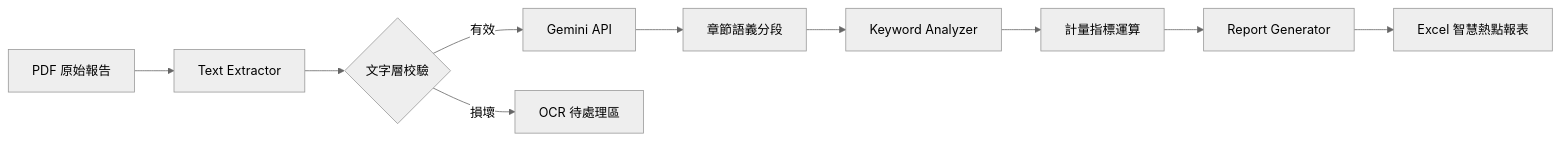
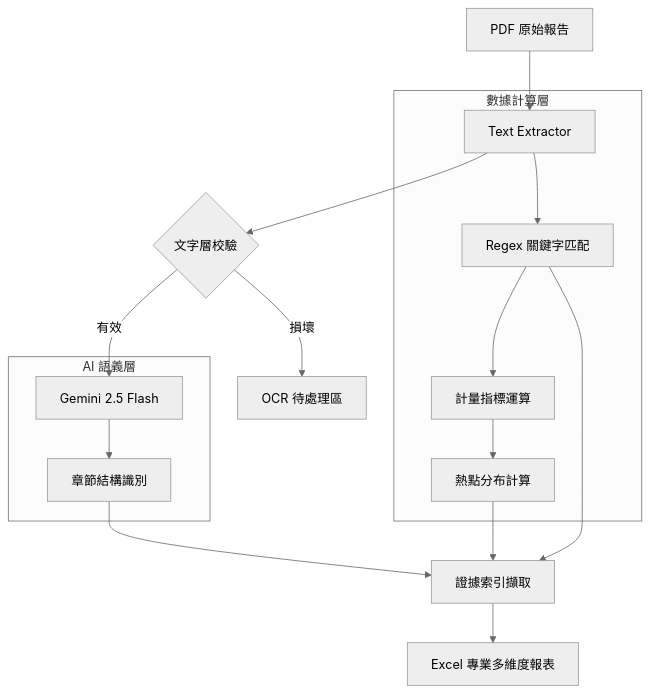
The diagram in README.md (fsastone/Keyword_Analyzer), drawn with Mermaid (neutral theme) before and after one commit. The commit also changed other lines of this file and 6 other files, not shown here.

````diff
--- a/README.md
+++ b/README.md
@@ -16,12 +16,23 @@
 ```mermaid
-graph LR
+graph TD
     A[PDF 原始報告] --> B[Text Extractor]
     B --> C{文字層校驗}
-    C -- 有效 --> D[Gemini API]
+    C -- 有效 --> D[Gemini 2.5 Flash]
     C -- 損壞 --> E[OCR 待處理區]
-    D --> F[章節語義分段]
-    F --> G[Keyword Analyzer]
-    G --> H[計量指標運算]
-    H --> I[Report Generator]
-    I --> J[Excel 智慧熱點報表]
+    
+    subgraph "AI 語義層"
+        D --> F[章節結構識別]
+    end
+    
+    subgraph "數據計算層"
+        B --> G[Regex 關鍵字匹配]
+        G --> H[計量指標運算]
+        H --> I[熱點分布計算]
+    end
+    
+    F --> J[Report Generator]
+    I --> J
+    G --> J[證據索引擷取]
+    
+    J --> K[Excel 專業多維度報表]
 ```
````
